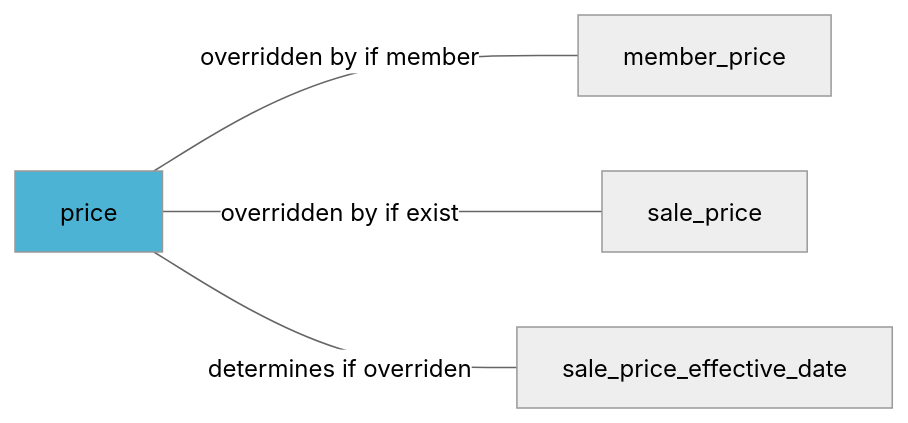
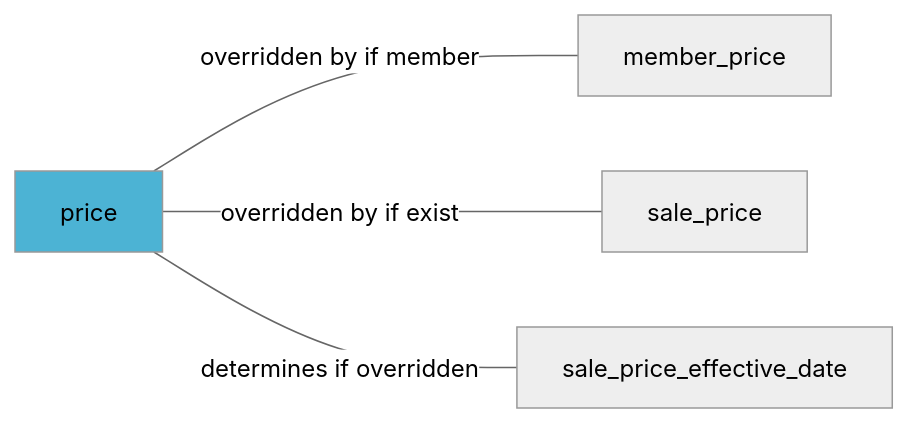
The diagram in docs/fields/price.md (Prisjakt/feed-specification), drawn with Mermaid before and after one commit. The commit also changed other lines of this file and 13 other files, not shown here.

````diff
--- a/docs/fields/price.md
+++ b/docs/fields/price.md
@@ -24,14 +24,14 @@
 ```mermaid
 %%{init: {'theme':'neutral'}}%%
 flowchart LR
 price -- overridden by if member  --- member_price
   click member_price "/fields/member_price" "member_price" _blank
 price -- overridden by if exist  --- sale_price
   click sale_price "/fields/sale_price" "sale_price" _blank
-price -- determines if overriden  --- sale_price_effective_date
+price -- determines if overridden  --- sale_price_effective_date
   click sale_price_effective_date "/fields/sale_price_effective_date" "sale_price_effective_date" _blank
    
   
   click price "/fields/price" "price" _blank
   style price fill:#4cb3d4
 ```
````
